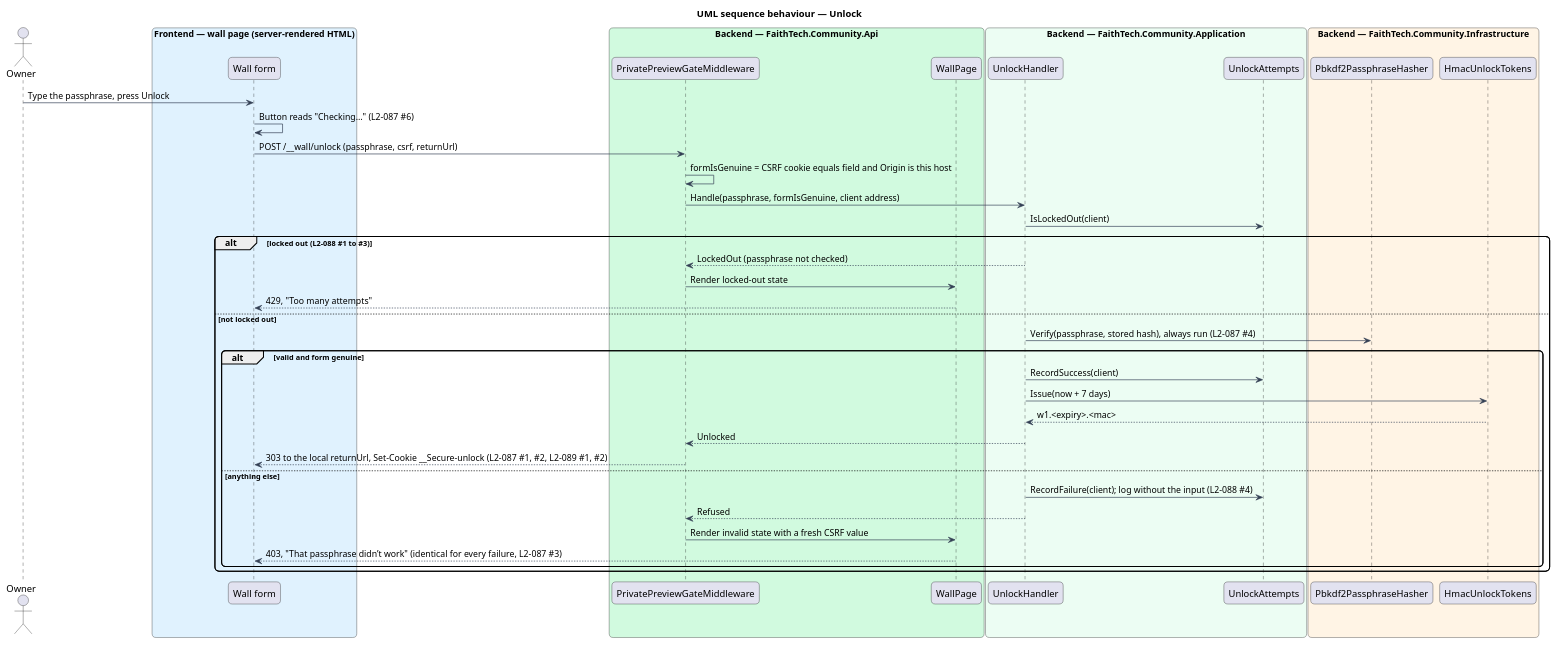
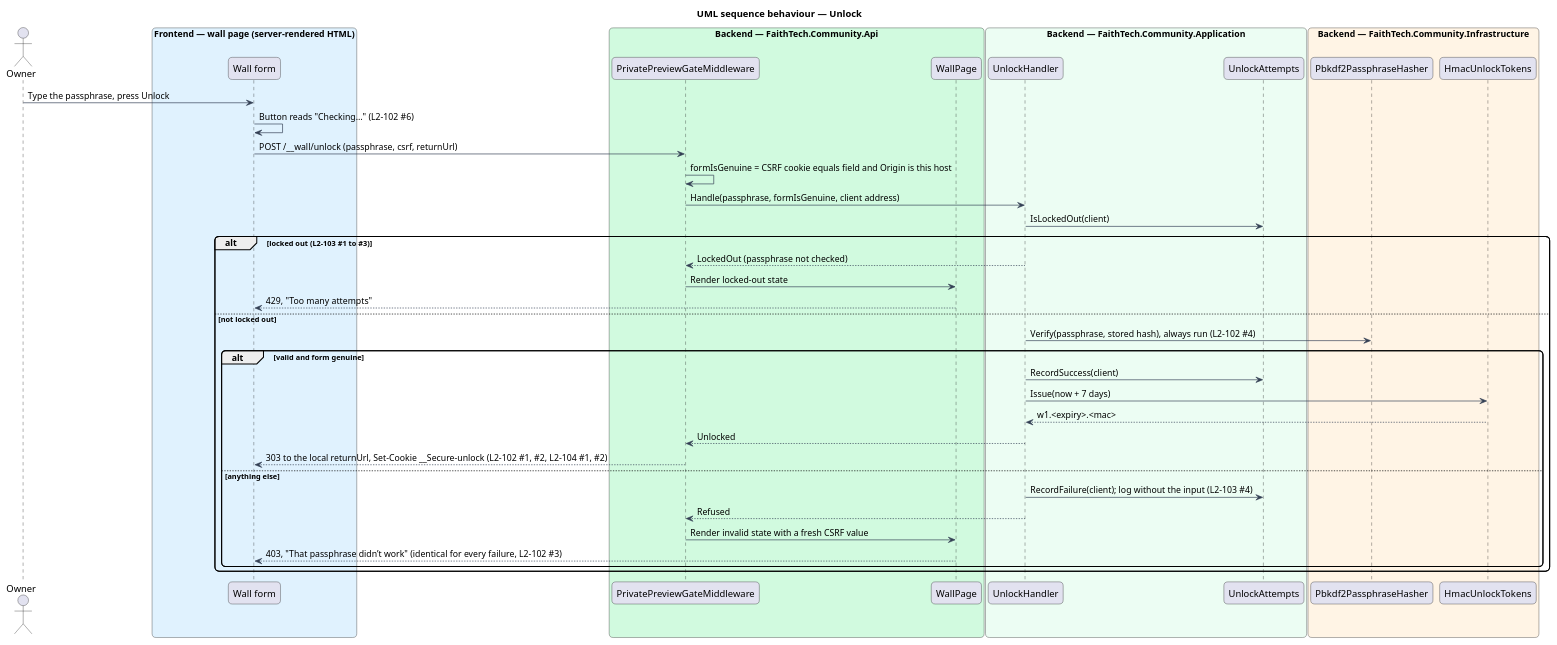
One commit to QuinntyneBrown/faithtech-community changed the diagram in docs/detailed-designs/platform/private-preview-wall/diagrams/sequence-unlock.puml. Above: the diagram before and after it, drawn with PlantUML. The commit also changed 58 other files, not shown here.

```diff
--- a/docs/detailed-designs/platform/private-preview-wall/diagrams/sequence-unlock.puml
+++ b/docs/detailed-designs/platform/private-preview-wall/diagrams/sequence-unlock.puml
@@ -1,49 +1,49 @@
 @startuml
 title UML sequence behaviour — Unlock
 skinparam backgroundColor #FFFFFF
 skinparam shadowing false
 skinparam roundcorner 12
 skinparam defaultFontName Arial
 skinparam ArrowColor #344054
 actor "Owner" as actor
 box "Frontend — wall page (server-rendered HTML)" #E0F2FE
   participant "Wall form" as form
 end box
 box "Backend — FaithTech.Community.Api" #D1FADF
   participant "PrivatePreviewGateMiddleware" as gate
   participant "WallPage" as page
 end box
 box "Backend — FaithTech.Community.Application" #ECFDF3
   participant "UnlockHandler" as handler
   participant "UnlockAttempts" as attempts
 end box
 box "Backend — FaithTech.Community.Infrastructure" #FFF4E5
   participant "Pbkdf2PassphraseHasher" as hasher
   participant "HmacUnlockTokens" as tokens
 end box
 actor -> form : Type the passphrase, press Unlock
-form -> form : Button reads "Checking…" (L2-087 #6)
+form -> form : Button reads "Checking…" (L2-102 #6)
 form -> gate : POST /__wall/unlock (passphrase, csrf, returnUrl)
 gate -> gate : formIsGenuine = CSRF cookie equals field and Origin is this host
 gate -> handler : Handle(passphrase, formIsGenuine, client address)
 handler -> attempts : IsLockedOut(client)
-alt locked out (L2-088 #1 to #3)
+alt locked out (L2-103 #1 to #3)
   handler --> gate : LockedOut (passphrase not checked)
   gate -> page : Render locked-out state
   page --> form : 429, "Too many attempts"
 else not locked out
-  handler -> hasher : Verify(passphrase, stored hash), always run (L2-087 #4)
+  handler -> hasher : Verify(passphrase, stored hash), always run (L2-102 #4)
   alt valid and form genuine
     handler -> attempts : RecordSuccess(client)
     handler -> tokens : Issue(now + 7 days)
     tokens --> handler : w1.<expiry>.<mac>
     handler --> gate : Unlocked
-    gate --> form : 303 to the local returnUrl, Set-Cookie __Secure-unlock (L2-087 #1, #2, L2-089 #1, #2)
+    gate --> form : 303 to the local returnUrl, Set-Cookie __Secure-unlock (L2-102 #1, #2, L2-104 #1, #2)
   else anything else
-    handler -> attempts : RecordFailure(client); log without the input (L2-088 #4)
+    handler -> attempts : RecordFailure(client); log without the input (L2-103 #4)
     handler --> gate : Refused
     gate -> page : Render invalid state with a fresh CSRF value
-    page --> form : 403, "That passphrase didn’t work" (identical for every failure, L2-087 #3)
+    page --> form : 403, "That passphrase didn’t work" (identical for every failure, L2-102 #3)
   end
 end
 @enduml
```
